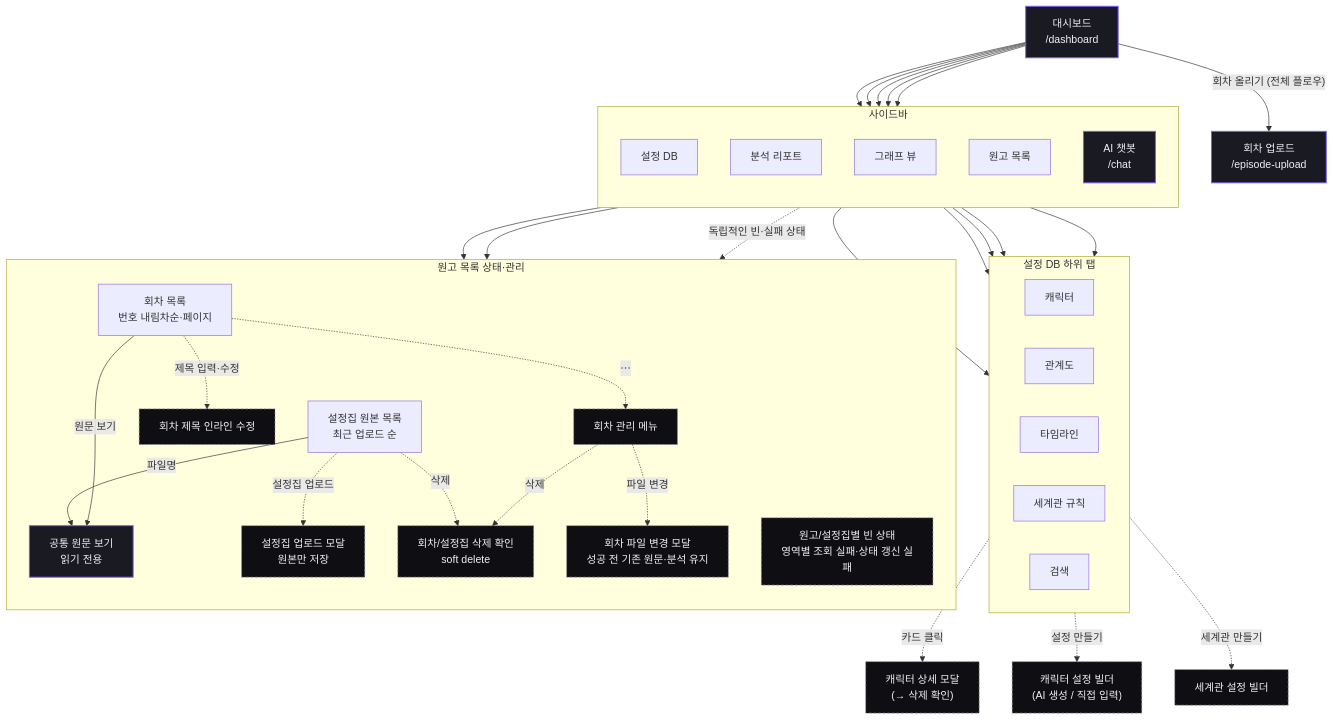
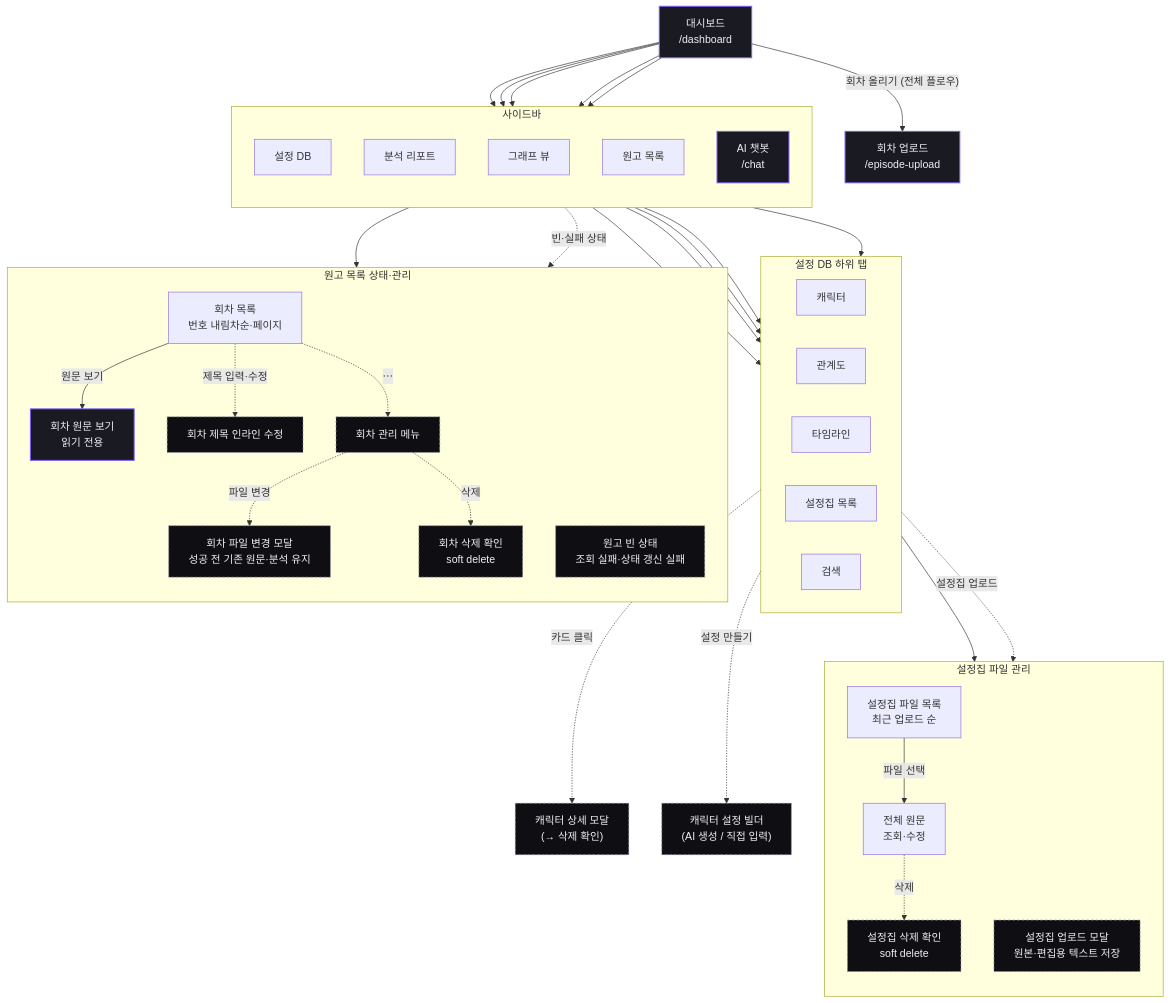
The fifth of 7 diagrams in docs/screen-flow.md (catchhole-soma/catchhole-front), drawn with Mermaid before and after one commit. The commit also changed other lines of this file and 2 other files, not shown here.

Commit message:
docs(setting-book): 전용 설정집 목록 흐름을 반영한다
- 세계관 규칙 탭을 설정집 목록 탭으로 명확히 표기
- 최초 진입부터 유지되는 2열 목록·원문 상태를 문서화
- 원고 목록의 설정집 관리 요구사항을 전용 탭 문서로 일원화
- 대시보드 화면 흐름을 실제 진입점과 맞춤

````diff
--- a/docs/screen-flow.md
+++ b/docs/screen-flow.md
@@ -221,62 +221,69 @@
 ```mermaid
 flowchart TD
   dashboard["대시보드<br/>/dashboard"]:::private
 
   subgraph SIDEBAR["사이드바"]
     direction TB
     nav_settingDB["설정 DB"]
     nav_reports["분석 리포트"]
     nav_graph["그래프 뷰"]
     nav_manuscripts["원고 목록"]
     nav_chat["AI 챗봇<br/>/chat"]:::private
   end
 
   dashboard --> nav_settingDB
   dashboard --> nav_reports
   dashboard --> nav_graph
   dashboard --> nav_manuscripts
   dashboard --> nav_chat
 
   subgraph TABS["설정 DB 하위 탭"]
     direction LR
     t_char["캐릭터"]
     t_rel["관계도"]
     t_time["타임라인"]
-    t_world["세계관 규칙"]
+    t_world["설정집 목록"]
     t_search["검색"]
   end
   nav_settingDB --> t_char & t_rel & t_time & t_world & t_search
 
   t_char -. "카드 클릭" .-> m_chardetail["캐릭터 상세 모달<br/>(→ 삭제 확인)"]:::modal
   t_char -. "설정 만들기" .-> m_settings["캐릭터 설정 빌더<br/>(AI 생성 / 직접 입력)"]:::modal
-  t_world -. "세계관 만들기" .-> m_world["세계관 설정 빌더"]:::modal
+
+  subgraph SETTING_BOOKS["설정집 파일 관리"]
+    direction TB
+    setting_source["설정집 파일 목록<br/>최근 업로드 순"]
+    setting_viewer["전체 원문<br/>조회·수정"]
+    setting_upload["설정집 업로드 모달<br/>원본·편집용 텍스트 저장"]:::modal
+    setting_delete["설정집 삭제 확인<br/>soft delete"]:::modal
+  end
+
+  t_world --> setting_source
+  setting_source -- "파일 선택" --> setting_viewer
+  t_world -. "설정집 업로드" .-> setting_upload
+  setting_viewer -. "삭제" .-> setting_delete
 
   subgraph MANUSCRIPTS["원고 목록 상태·관리"]
     direction TB
-    setting_source["설정집 원본 목록<br/>최근 업로드 순"]
     episode_list["회차 목록<br/>번호 내림차순·페이지"]
-    list_state["원고/설정집별 빈 상태<br/>영역별 조회 실패·상태 갱신 실패"]:::modal
-    source_viewer["공통 원문 보기<br/>읽기 전용"]:::private
+    list_state["원고 빈 상태<br/>조회 실패·상태 갱신 실패"]:::modal
+    source_viewer["회차 원문 보기<br/>읽기 전용"]:::private
     title_edit["회차 제목 인라인 수정"]:::modal
     episode_menu["회차 관리 메뉴"]:::modal
-    setting_upload["설정집 업로드 모달<br/>원본만 저장"]:::modal
     file_replace["회차 파일 변경 모달<br/>성공 전 기존 원문·분석 유지"]:::modal
-    delete_confirm["회차/설정집 삭제 확인<br/>soft delete"]:::modal
+    delete_confirm["회차 삭제 확인<br/>soft delete"]:::modal
   end
 
-  nav_manuscripts --> setting_source & episode_list
-  nav_manuscripts -. "독립적인 빈·실패 상태" .-> list_state
-  setting_source -- "파일명" --> source_viewer
-  setting_source -. "설정집 업로드" .-> setting_upload
-  setting_source -. "삭제" .-> delete_confirm
+  nav_manuscripts --> episode_list
+  nav_manuscripts -. "빈·실패 상태" .-> list_state
   episode_list -- "원문 보기" --> source_viewer
   episode_list -. "제목 입력·수정" .-> title_edit
   episode_list -. "⋯" .-> episode_menu
   episode_menu -. "파일 변경" .-> file_replace
   episode_menu -. "삭제" .-> delete_confirm
 
   dashboard -- "회차 올리기 (전체 플로우)" --> upload["회차 업로드<br/>/episode-upload"]:::private
 
   classDef private fill:#1A1A22,stroke:#7C5CFC,stroke-width:1.5px,color:#F0F0F5;
   classDef modal fill:#0F0F13,stroke:#9090A8,stroke-dasharray:4 3,color:#F0F0F5;
 ```
````
